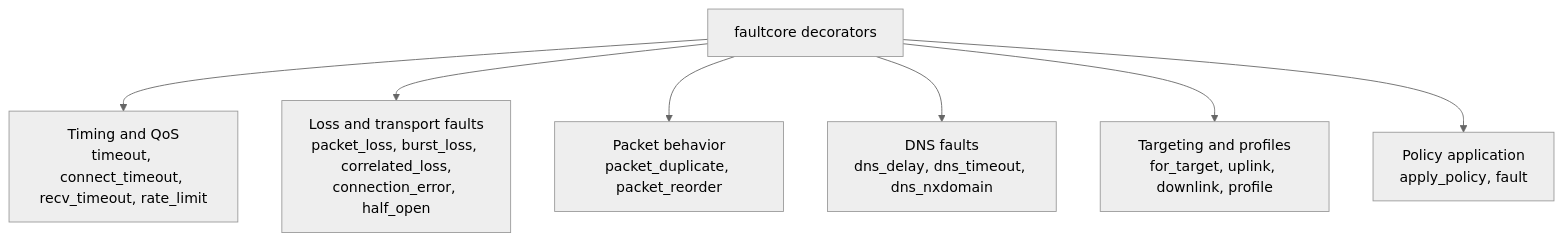
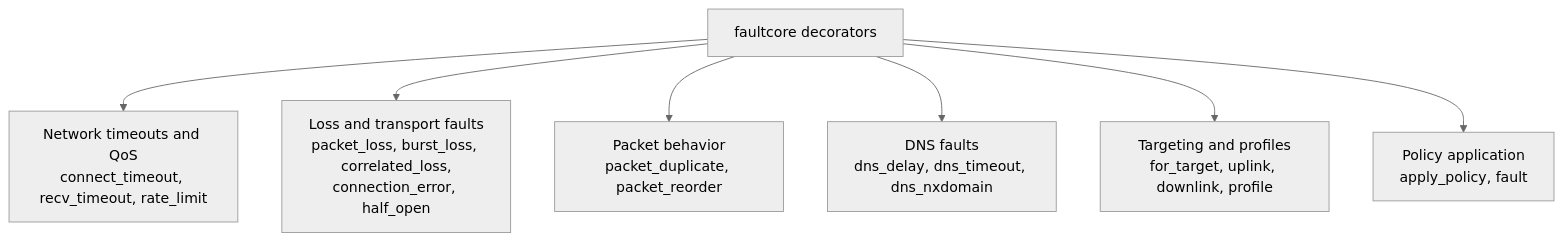
Before and after one commit to albertobadia/faultcore: the diagram in docs/api_reference.md, drawn with Mermaid (neutral theme). The commit also changed other lines of this file and 27 other files, not shown here.

````diff
--- a/docs/api_reference.md
+++ b/docs/api_reference.md
@@ -13,9 +14,9 @@
 ```mermaid
 flowchart TD
-    D["faultcore decorators"] --> T["Timing and QoS<br/>timeout, connect_timeout, recv_timeout, rate_limit"]
+    D["faultcore decorators"] --> T["Network timeouts and QoS<br/>connect_timeout, recv_timeout, rate_limit"]
     D --> L["Loss and transport faults<br/>packet_loss, burst_loss, correlated_loss,<br/>connection_error, half_open"]
     D --> R["Packet behavior<br/>packet_duplicate, packet_reorder"]
     D --> N["DNS faults<br/>dns_delay, dns_timeout, dns_nxdomain"]
     D --> G["Targeting and profiles<br/>for_target, uplink, downlink, profile"]
     D --> P["Policy application<br/>apply_policy, fault"]
 ```
````
